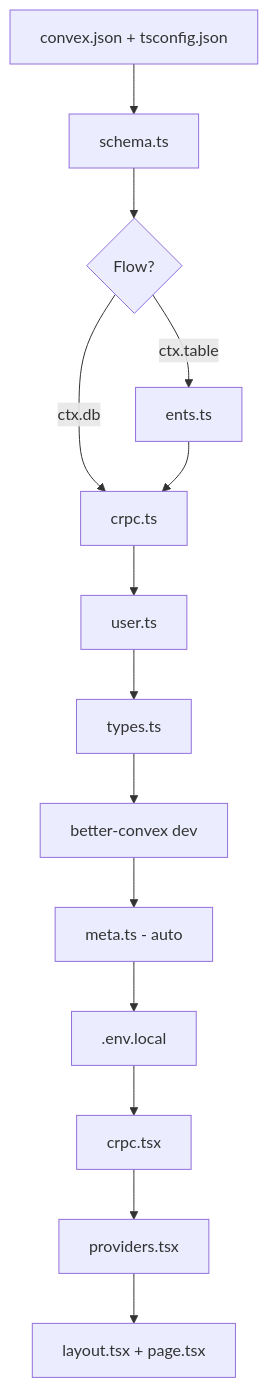
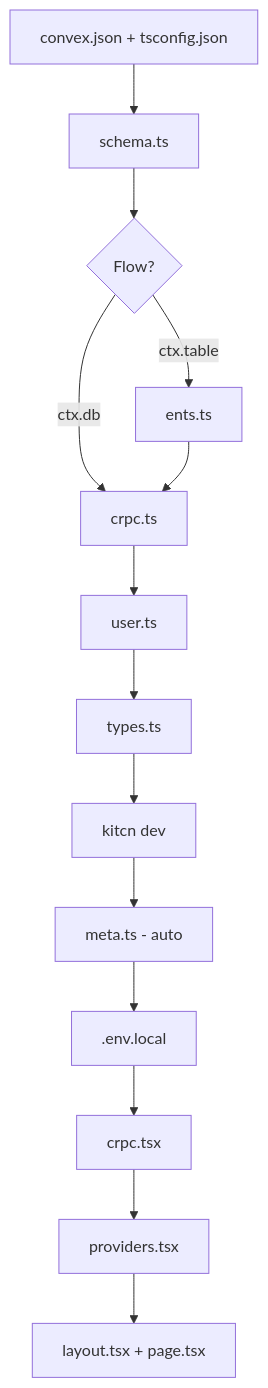
The diagram in docs/plans/2026-01-23-fix-quickstart-documentation-gaps-plan.md (udecode/kitcn), drawn with Mermaid before and after one commit. The commit also changed other lines of this file and 1739 other files, not shown here.

````diff
--- a/docs/plans/2026-01-23-fix-quickstart-documentation-gaps-plan.md
+++ b/docs/plans/2026-01-23-fix-quickstart-documentation-gaps-plan.md
@@ -35,16 +35,16 @@
 ```mermaid
 graph TD
     A[convex.json + tsconfig.json] --> B[schema.ts]
     B --> C{Flow?}
     C -->|ctx.table| D[ents.ts]
     C -->|ctx.db| E[crpc.ts]
     D --> E
     E --> F[user.ts]
     F --> G[types.ts]
-    G --> H[better-convex dev]
+    G --> H[kitcn dev]
     H --> I[meta.ts - auto]
     I --> J[.env.local]
     J --> K[crpc.tsx]
     K --> L[providers.tsx]
     L --> M[layout.tsx + page.tsx]
 ```
````
